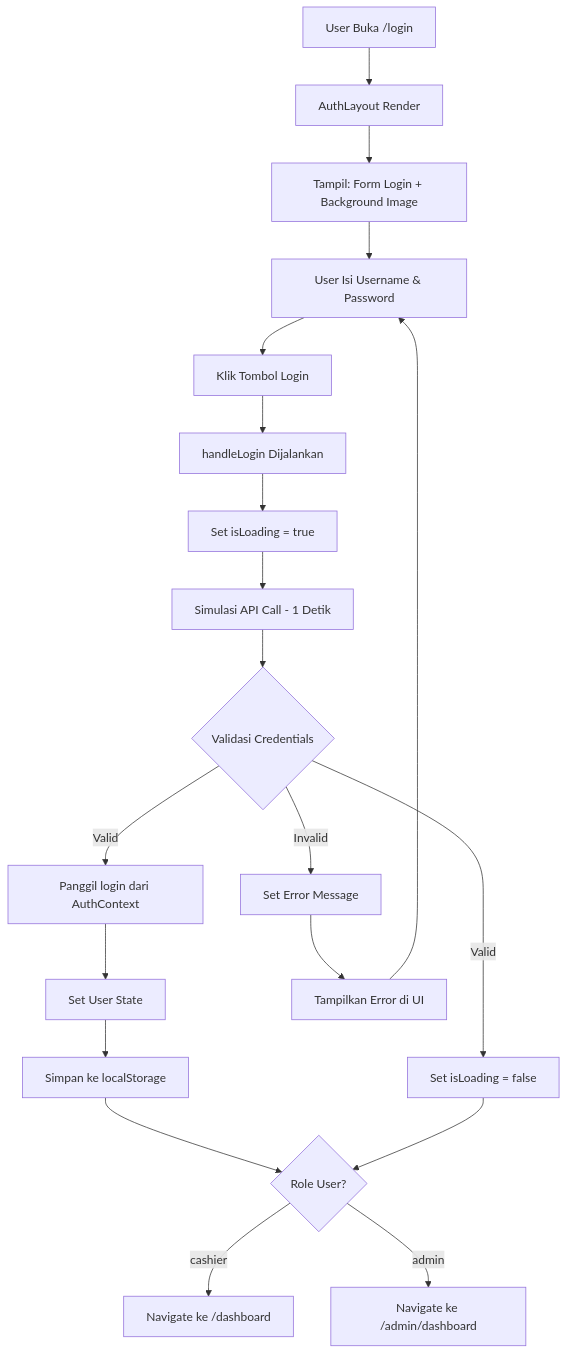
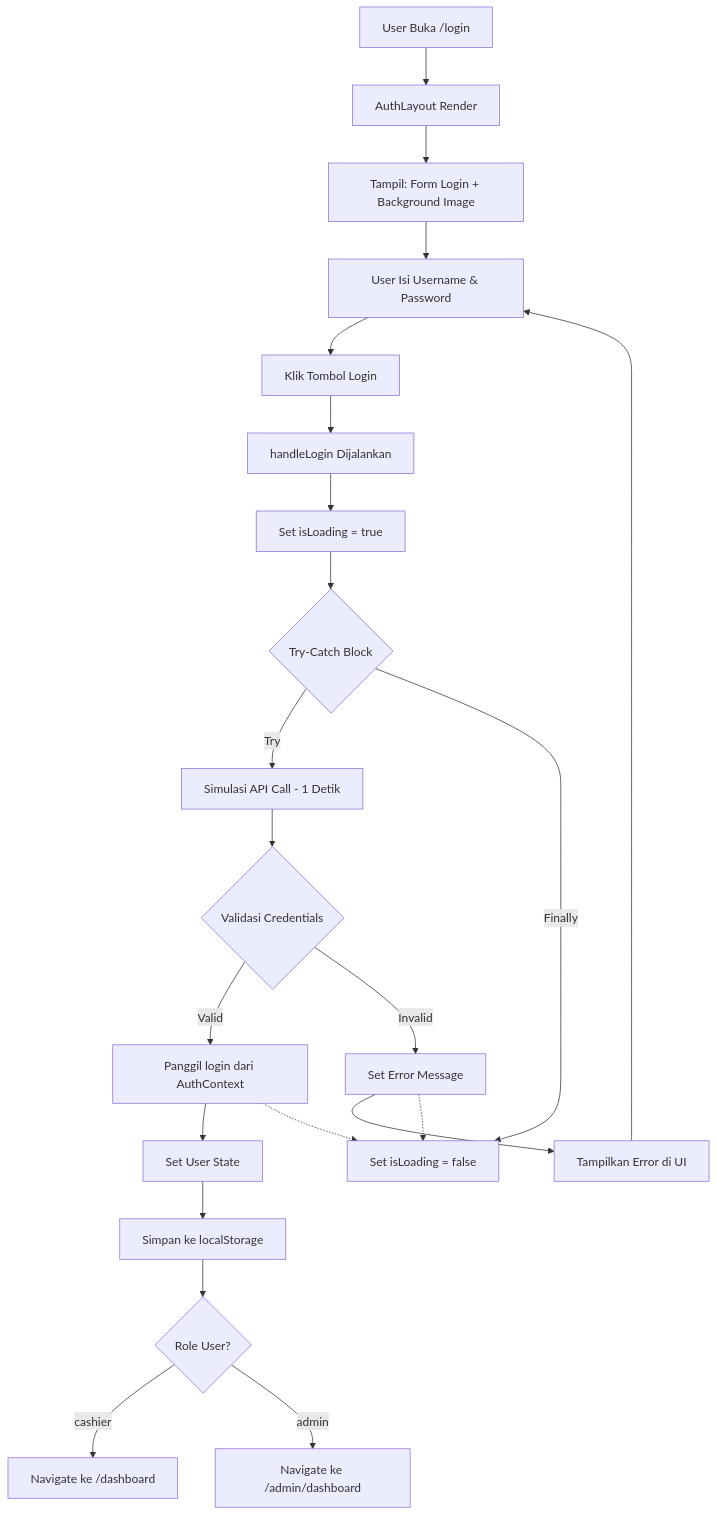
Before and after one commit to ricky-blip/pos-frontend: the second of 20 diagrams in FLOWCHART.md, drawn with Mermaid. The commit also changed other lines of this file, not shown here.

Commit message:
update flowchart

````diff
--- a/FLOWCHART.md
+++ b/FLOWCHART.md
@@ -58,26 +65,30 @@
 ```mermaid
 flowchart TD
     A[User Buka /login] --> B[AuthLayout Render]
     B --> C[Tampil: Form Login + Background Image]
     C --> D[User Isi Username & Password]
     D --> E[Klik Tombol Login]
     E --> F[handleLogin Dijalankan]
     F --> G[Set isLoading = true]
-    G --> H[Simulasi API Call - 1 Detik]
-    H --> I{Validasi Credentials}
+    G --> H{Try-Catch Block}
 
-    I -->|Valid| J[Panggil login dari AuthContext]
-    J --> K[Set User State]
-    K --> L[Simpan ke localStorage]
-    L --> M{Role User?}
+    H -->|Try| I[Simulasi API Call - 1 Detik]
+    I --> J{Validasi Credentials}
 
-    M -->|cashier| N[Navigate ke /dashboard]
-    M -->|admin| O[Navigate ke /admin/dashboard]
+    J -->|Valid| K[Panggil login dari AuthContext]
+    K --> L[Set User State]
+    L --> M[Simpan ke localStorage]
+    M --> N{Role User?}
 
-    I -->|Invalid| P[Set Error Message]
-    P --> Q[Tampilkan Error di UI]
-    Q --> D
+    N -->|cashier| O[Navigate ke /dashboard]
+    N -->|admin| P[Navigate ke /admin/dashboard]
 
-    I -->|Valid| R[Set isLoading = false]
-    R --> M
+    J -->|Invalid| Q[Set Error Message]
+    Q --> R[Tampilkan Error di UI]
+    R --> D
+
+    H -->|Finally| S[Set isLoading = false]
+
+    K -.-> S
+    Q -.-> S
 ```
````
